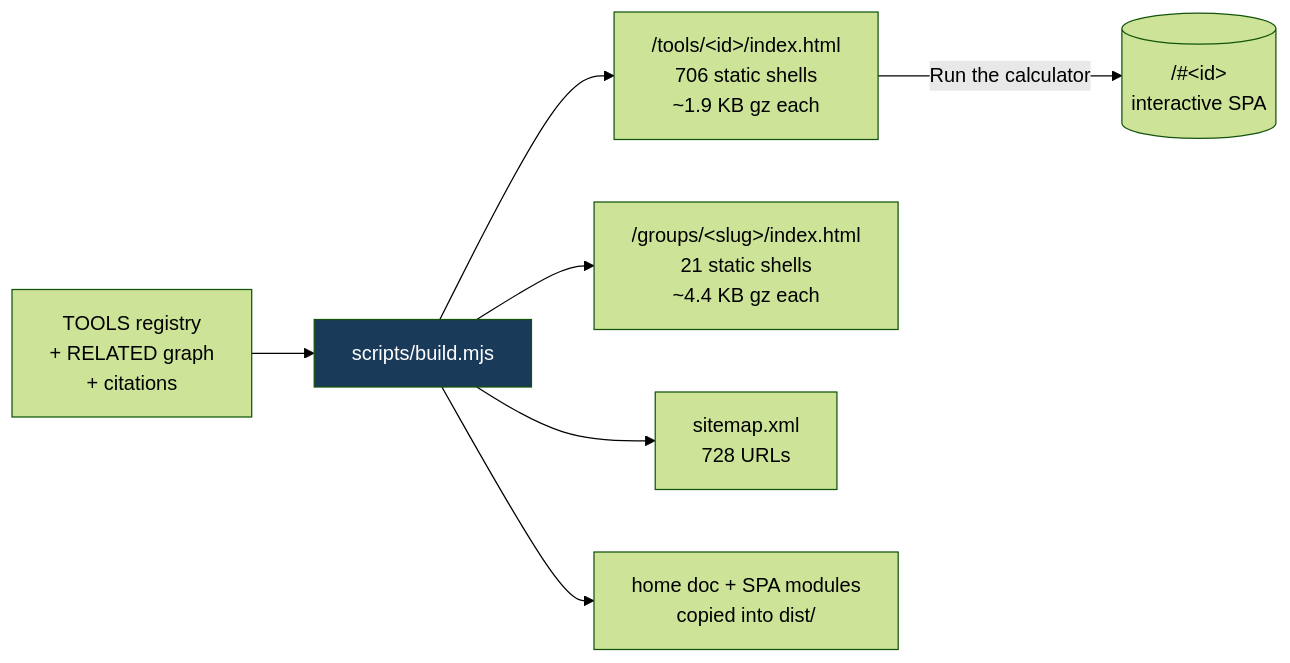
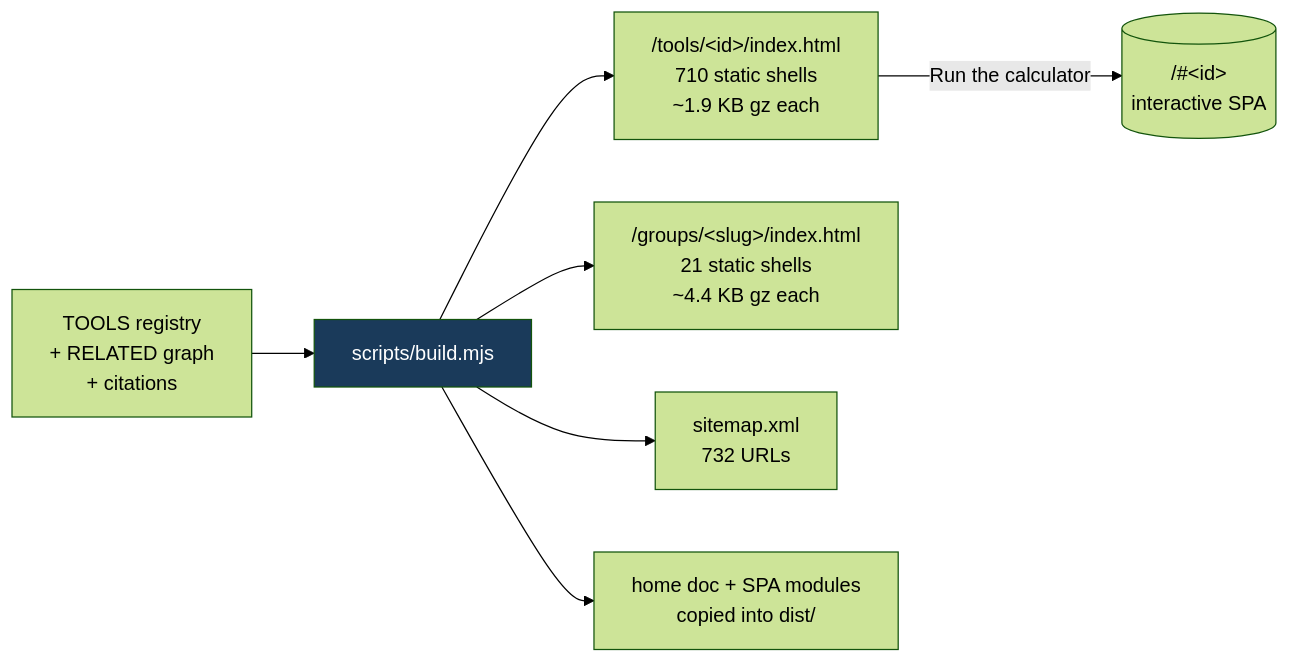
The fifth of 8 diagrams in README.md (clay-good/roughlogic.com), drawn with Mermaid (forest theme) before and after one commit. The commit also changed other lines of this file and 16 other files, not shown here.

````diff
--- a/README.md
+++ b/README.md
@@ -495,10 +495,10 @@
 ```mermaid
 flowchart LR
     SRC[TOOLS registry\n+ RELATED graph\n+ citations] --> BUILD[scripts/build.mjs]
-    BUILD --> TILE["/tools/&lt;id&gt;/index.html\n706 static shells\n~1.9 KB gz each"]
+    BUILD --> TILE["/tools/&lt;id&gt;/index.html\n710 static shells\n~1.9 KB gz each"]
     BUILD --> GROUP["/groups/&lt;slug&gt;/index.html\n21 static shells\n~4.4 KB gz each"]
-    BUILD --> MAP["sitemap.xml\n728 URLs"]
+    BUILD --> MAP["sitemap.xml\n732 URLs"]
     BUILD --> COPY[home doc + SPA modules\ncopied into dist/]
     TILE -->|Run the calculator| SPA[("/#&lt;id&gt;\ninteractive SPA")]
     style BUILD fill:#1a3a5a,color:#fff
 ```
````
